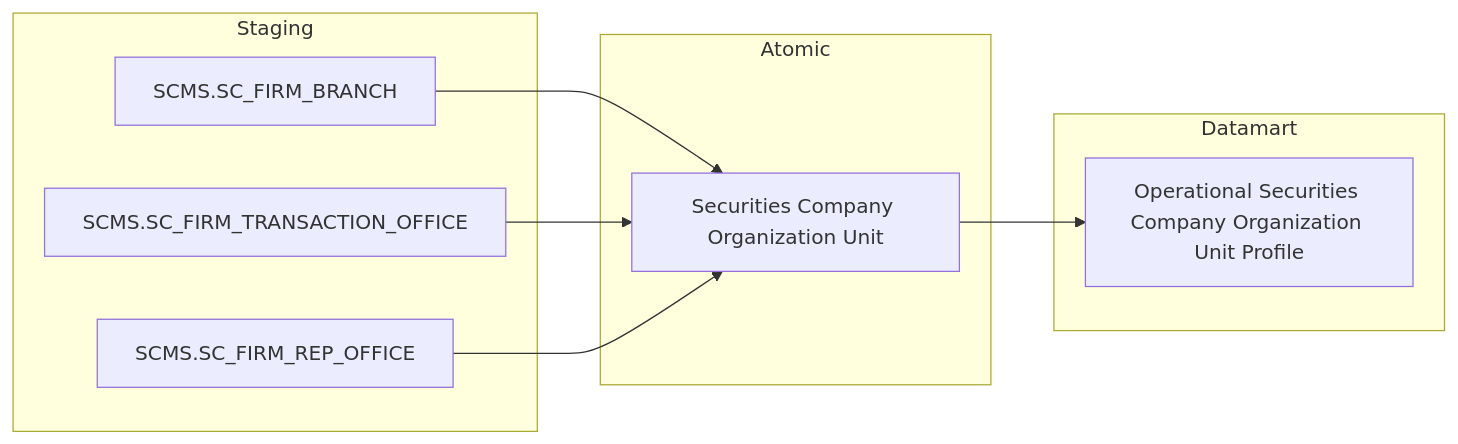
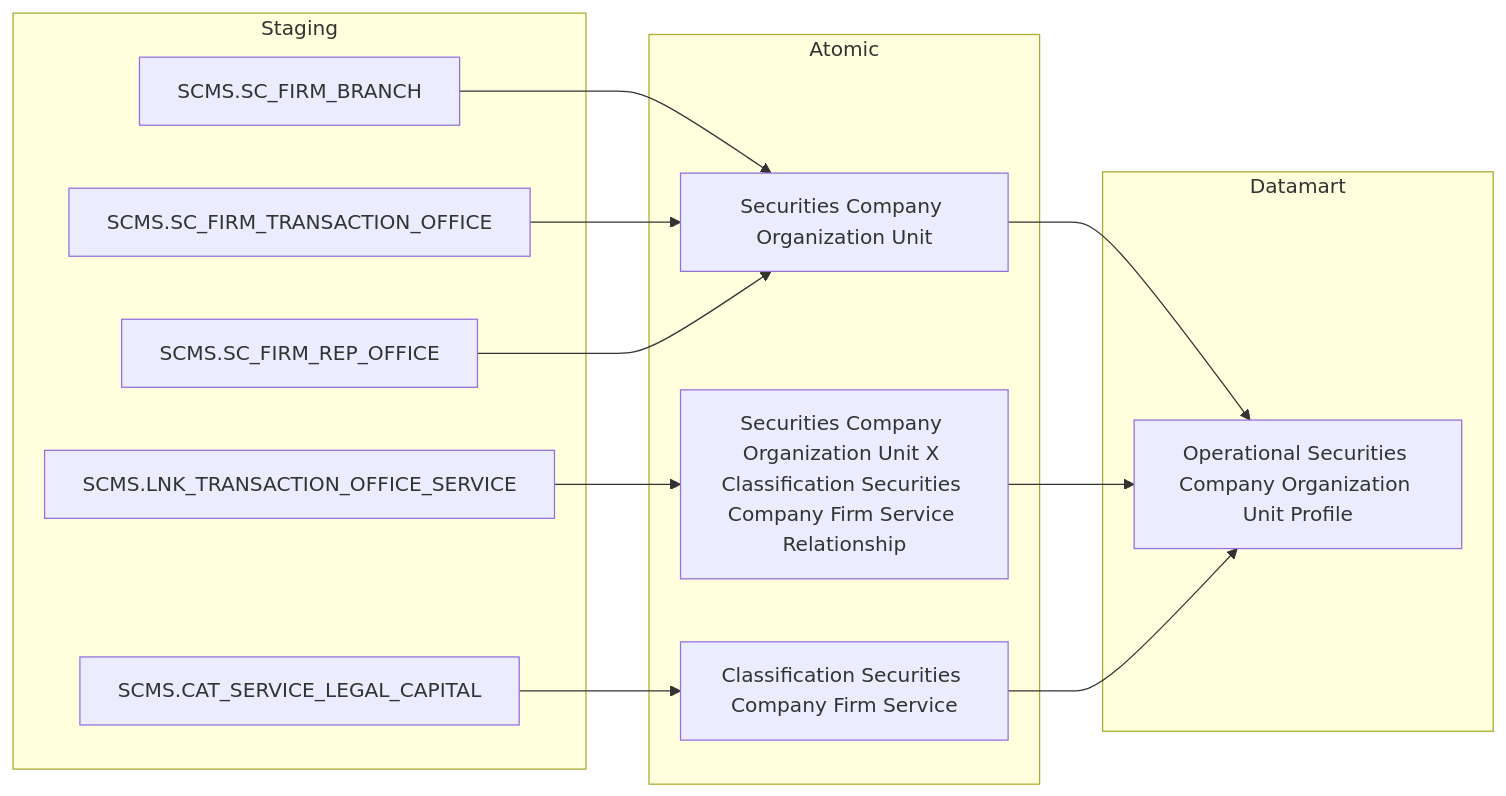
Before and after one commit to linhlvit/ubck_atomic_design: diagram 11 of 39 in Datamart/hld/DTM_QLKD_HLD.md, drawn with Mermaid. The commit also changed other lines of this file and 13 other files, not shown here.

Commit message:
feat(QLKD): cap nhat thiet ke QLKD - tich hop LNK_TRANSACTION_OFFICE_SERVICE va hoan thien mapping LLD

````diff
--- a/Datamart/hld/DTM_QLKD_HLD.md
+++ b/Datamart/hld/DTM_QLKD_HLD.md
@@ -430,21 +430,29 @@
 ```mermaid
 flowchart LR
     subgraph SRC["Staging"]
         S1["SCMS.SC_FIRM_BRANCH"]
         S2["SCMS.SC_FIRM_TRANSACTION_OFFICE"]
         S3["SCMS.SC_FIRM_REP_OFFICE"]
+        S3b["SCMS.LNK_TRANSACTION_OFFICE_SERVICE"]
+        S3c["SCMS.CAT_SERVICE_LEGAL_CAPITAL"]
     end
 
     subgraph SIL["Atomic"]
         SV1["Securities Company Organization Unit"]
+        SV1b["Securities Company Organization Unit X Classification Securities Company Firm Service Relationship"]
+        SV1c["Classification Securities Company Firm Service"]
     end
 
     subgraph GOLD["Datamart"]
         G1["Operational Securities Company Organization Unit Profile"]
     end
 
     S1 --> SV1
     S2 --> SV1
     S3 --> SV1
+    S3b --> SV1b
+    S3c --> SV1c
     SV1 --> G1
+    SV1b --> G1
+    SV1c --> G1
 ```
````
